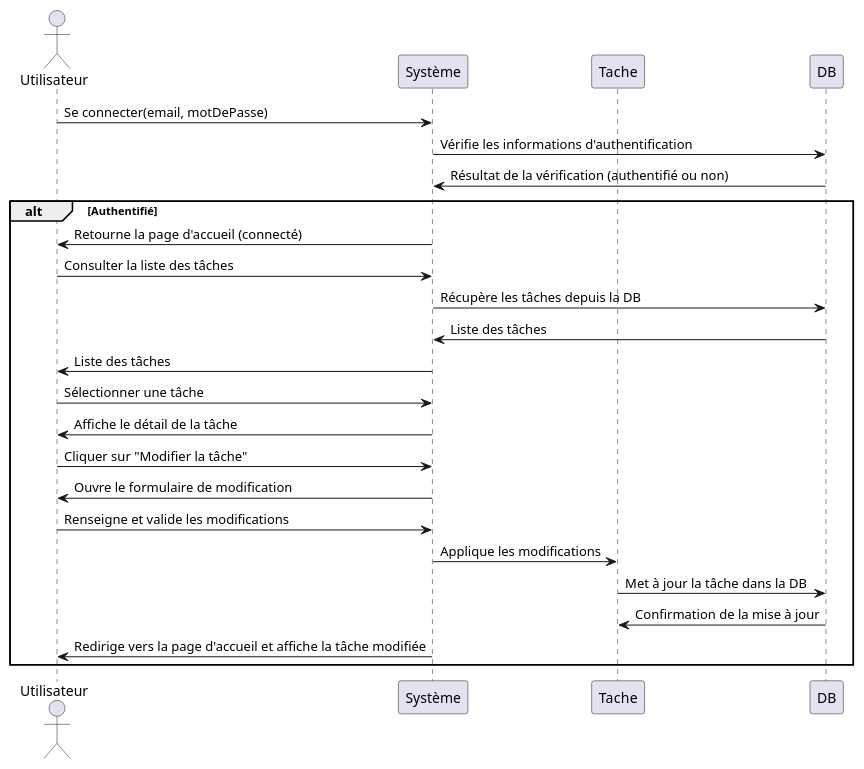
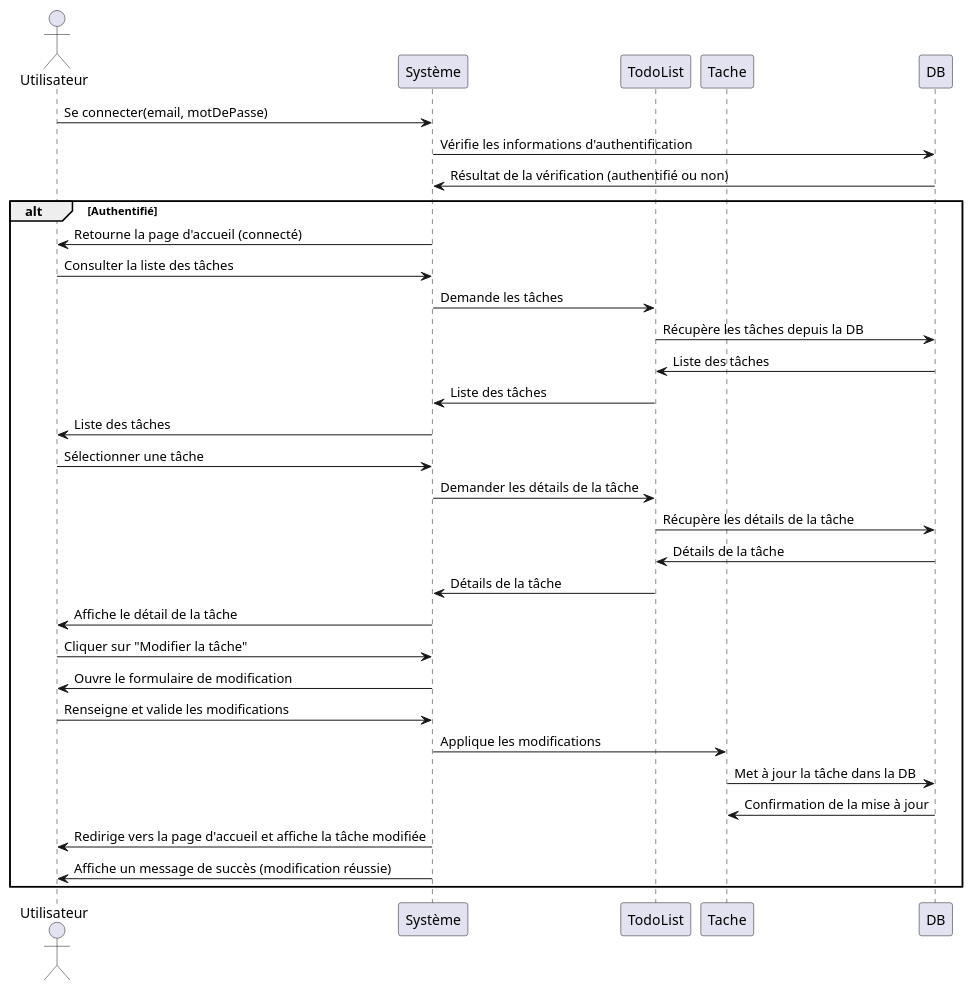
The diagram in src/main/resources/conception/DiagramSequence/sequenceDiagramModify.puml (HoudAlami/TodoApp), drawn with PlantUML before and after one commit. The commit also changed 7 other files, not shown here.

Commit message:
Finalisation Modélisation UML

```diff
--- a/src/main/resources/conception/DiagramSequence/sequenceDiagramModify.puml
+++ b/src/main/resources/conception/DiagramSequence/sequenceDiagramModify.puml
@@ -1,30 +1,38 @@
 @startuml
 actor Utilisateur
 participant "Système" as System
+participant TodoList
 participant Tache
 participant DB
 
 Utilisateur -> System : Se connecter(email, motDePasse)
 System -> DB : Vérifie les informations d'authentification
 DB -> System : Résultat de la vérification (authentifié ou non)
 alt Authentifié
     System -> Utilisateur : Retourne la page d'accueil (connecté)
 
     Utilisateur -> System : Consulter la liste des tâches
-    System -> DB : Récupère les tâches depuis la DB
-    DB -> System : Liste des tâches
+    System -> TodoList : Demande les tâches
+    TodoList -> DB : Récupère les tâches depuis la DB
+    DB -> TodoList : Liste des tâches
+    TodoList -> System : Liste des tâches
     System -> Utilisateur : Liste des tâches
 
     Utilisateur -> System : Sélectionner une tâche
+    System -> TodoList : Demander les détails de la tâche
+    TodoList -> DB : Récupère les détails de la tâche
+    DB -> TodoList : Détails de la tâche
+    TodoList -> System : Détails de la tâche
     System -> Utilisateur : Affiche le détail de la tâche
 
     Utilisateur -> System : Cliquer sur "Modifier la tâche"
     System -> Utilisateur : Ouvre le formulaire de modification
     Utilisateur -> System : Renseigne et valide les modifications
     System -> Tache : Applique les modifications
     Tache -> DB : Met à jour la tâche dans la DB
     DB -> Tache : Confirmation de la mise à jour
     System -> Utilisateur : Redirige vers la page d'accueil et affiche la tâche modifiée
+    System -> Utilisateur : Affiche un message de succès (modification réussie)
 
 end
 @enduml
```
